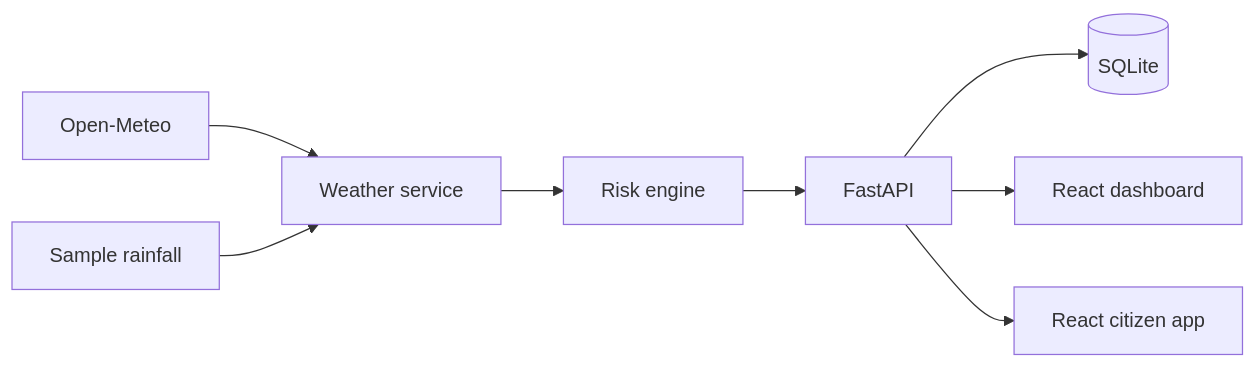
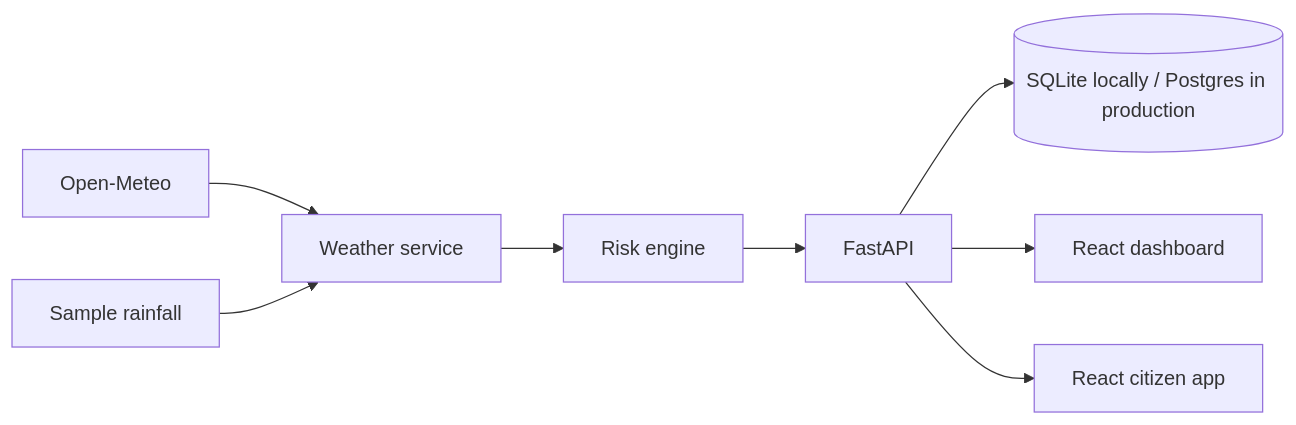
Before and after one commit to arkabera2004/Hack4SocialCause: the diagram in README.md, drawn with Mermaid. The commit also changed other lines of this file and 5 other files, not shown here.

First line of the commit message:
backend: switch to Postgres (Neon) in production for persistent state

````diff
--- a/README.md
+++ b/README.md
@@ -84,10 +84,10 @@
 ```mermaid
 flowchart LR
     OM[Open-Meteo] --> WS[Weather service]
     FB[Sample rainfall] --> WS
     WS --> RE[Risk engine]
     RE --> API[FastAPI]
-    API --> DB[(SQLite)]
+    API --> DB[(SQLite locally / Postgres in production)]
     API --> DASH[React dashboard]
     API --> CAPP[React citizen app]
 ```
````
